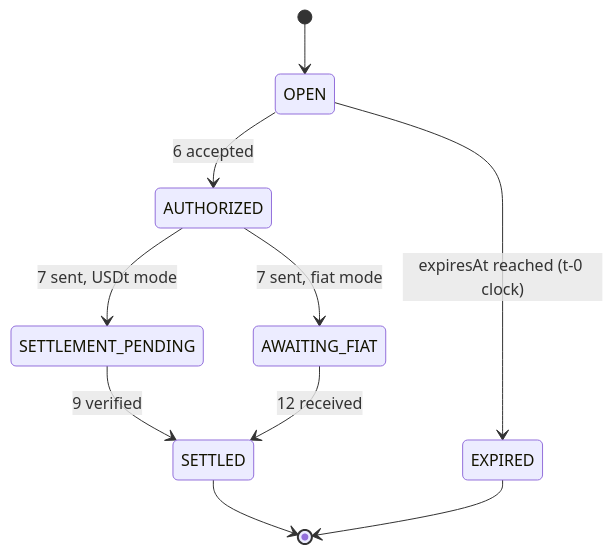
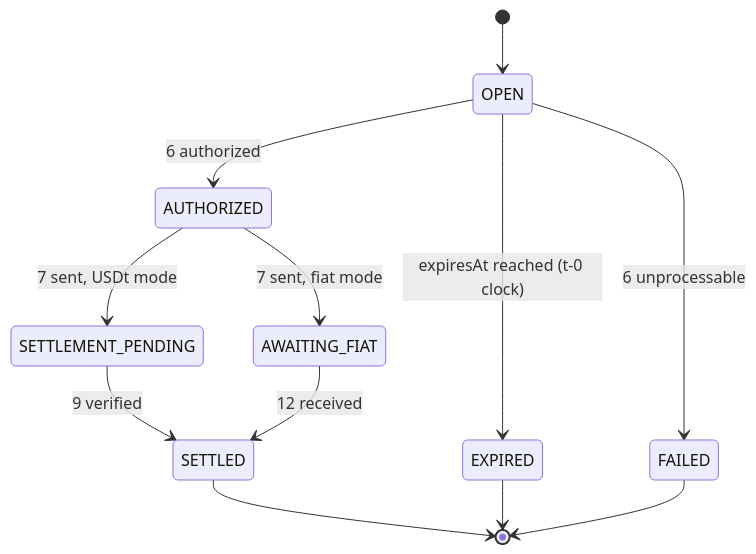
The fourth of 4 diagrams in content/docs/payments/how-it-works.md (t-0-network/usdt-pay-docs), drawn with Mermaid before and after one commit. The commit also changed other lines of this file and 4 other files, not shown here.

First line of the commit message:
docs: realign prose and diagrams with the new pay contract (#19)

````diff
--- a/content/docs/payments/how-it-works.md
+++ b/content/docs/payments/how-it-works.md
@@ -111,12 +128,14 @@
 ```mermaid
 stateDiagram-v2
     [*] --> OPEN
     OPEN --> EXPIRED: expiresAt reached (t-0 clock)
-    OPEN --> AUTHORIZED: 6 accepted
+    OPEN --> AUTHORIZED: 6 authorized
+    OPEN --> FAILED: 6 unprocessable
     AUTHORIZED --> SETTLEMENT_PENDING: 7 sent, USDt mode
     AUTHORIZED --> AWAITING_FIAT: 7 sent, fiat mode
     SETTLEMENT_PENDING --> SETTLED: 9 verified
     AWAITING_FIAT --> SETTLED: 12 received
     SETTLED --> [*]
     EXPIRED --> [*]
+    FAILED --> [*]
 ```
````
